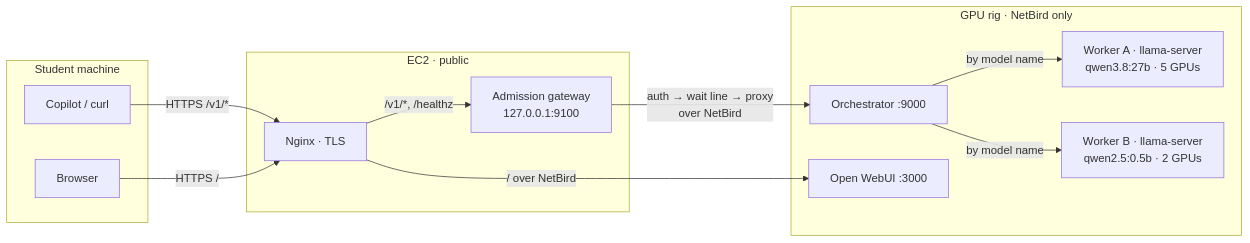
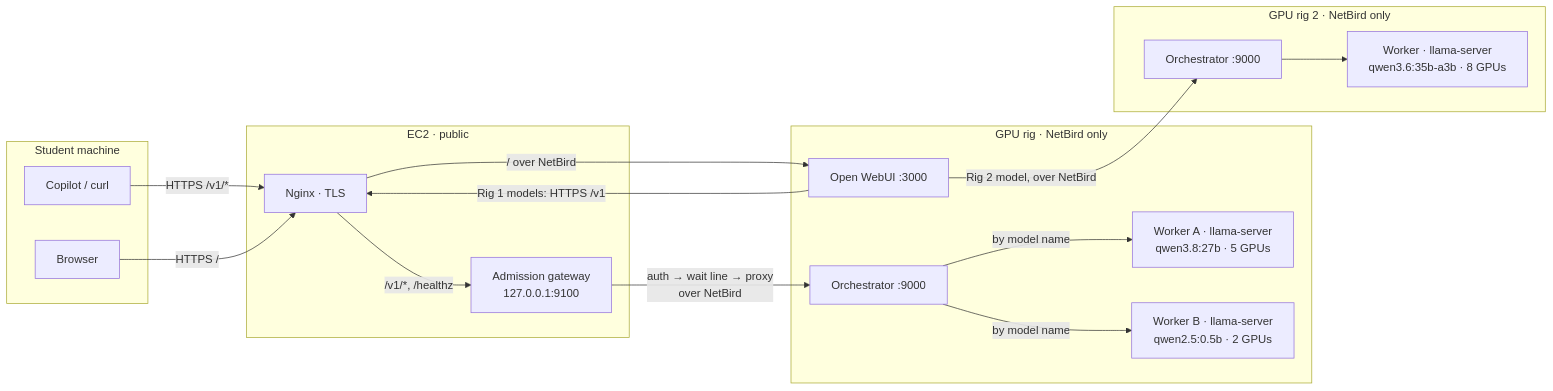
The diagram in docs/architecture/overview.md (Open-Coding-Society/OCS-Intelligence), drawn with Mermaid before and after one commit. The commit also changed other lines of this file and 10 other files, not shown here.

````diff
--- a/docs/architecture/overview.md
+++ b/docs/architecture/overview.md
@@ -22,24 +22,31 @@
 ```mermaid
 flowchart LR
     subgraph client [Student machine]
         C[Copilot / curl]
         W[Browser]
     end
     subgraph ec2 [EC2 · public]
         N[Nginx · TLS]
         G[Admission gateway<br/>127.0.0.1:9100]
     end
     subgraph rig [GPU rig · NetBird only]
         O[Orchestrator :9000]
         A[Worker A · llama-server<br/>qwen3.8:27b · 5 GPUs]
         B[Worker B · llama-server<br/>qwen2.5:0.5b · 2 GPUs]
         UI[Open WebUI :3000]
     end
+    subgraph rig2 [GPU rig 2 · NetBird only]
+        O2[Orchestrator :9000]
+        M[Worker · llama-server<br/>qwen3.6:35b-a3b · 8 GPUs]
+    end
     C -->|HTTPS /v1/*| N
     W -->|HTTPS /| N
     N -->|/v1/*, /healthz| G
     N -->|/ over NetBird| UI
     G -->|auth → wait line → proxy<br/>over NetBird| O
     O -->|by model name| A
     O -->|by model name| B
+    UI -->|Rig 1 models: HTTPS /v1| N
+    UI -->|Rig 2 model, over NetBird| O2
+    O2 --> M
 ```
````
